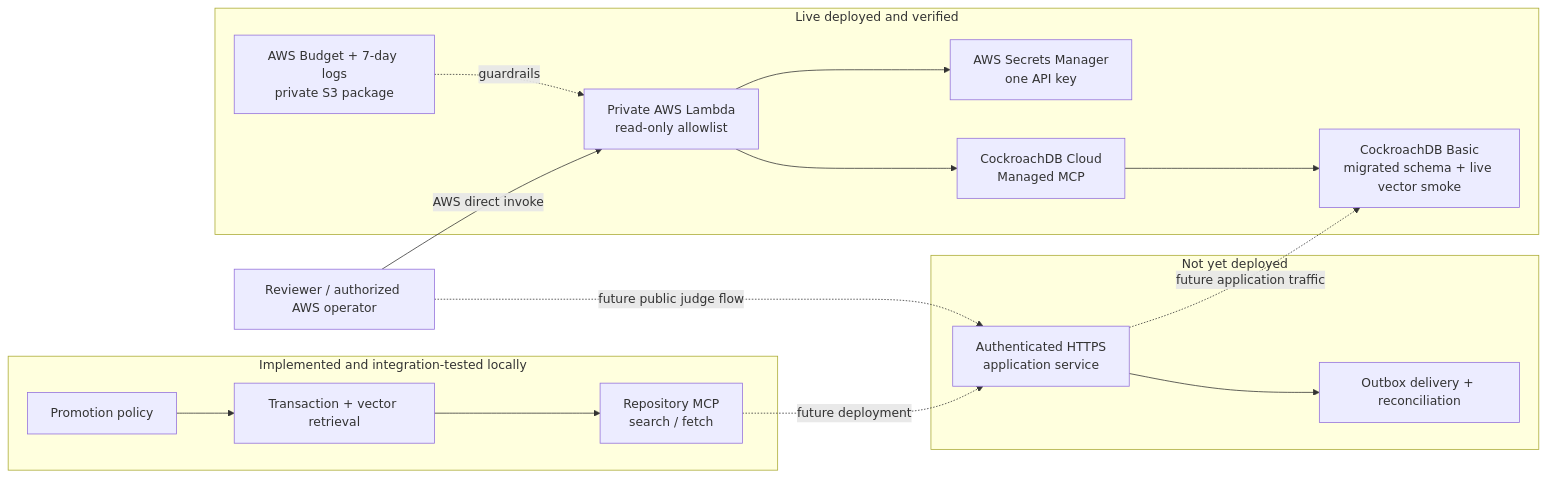
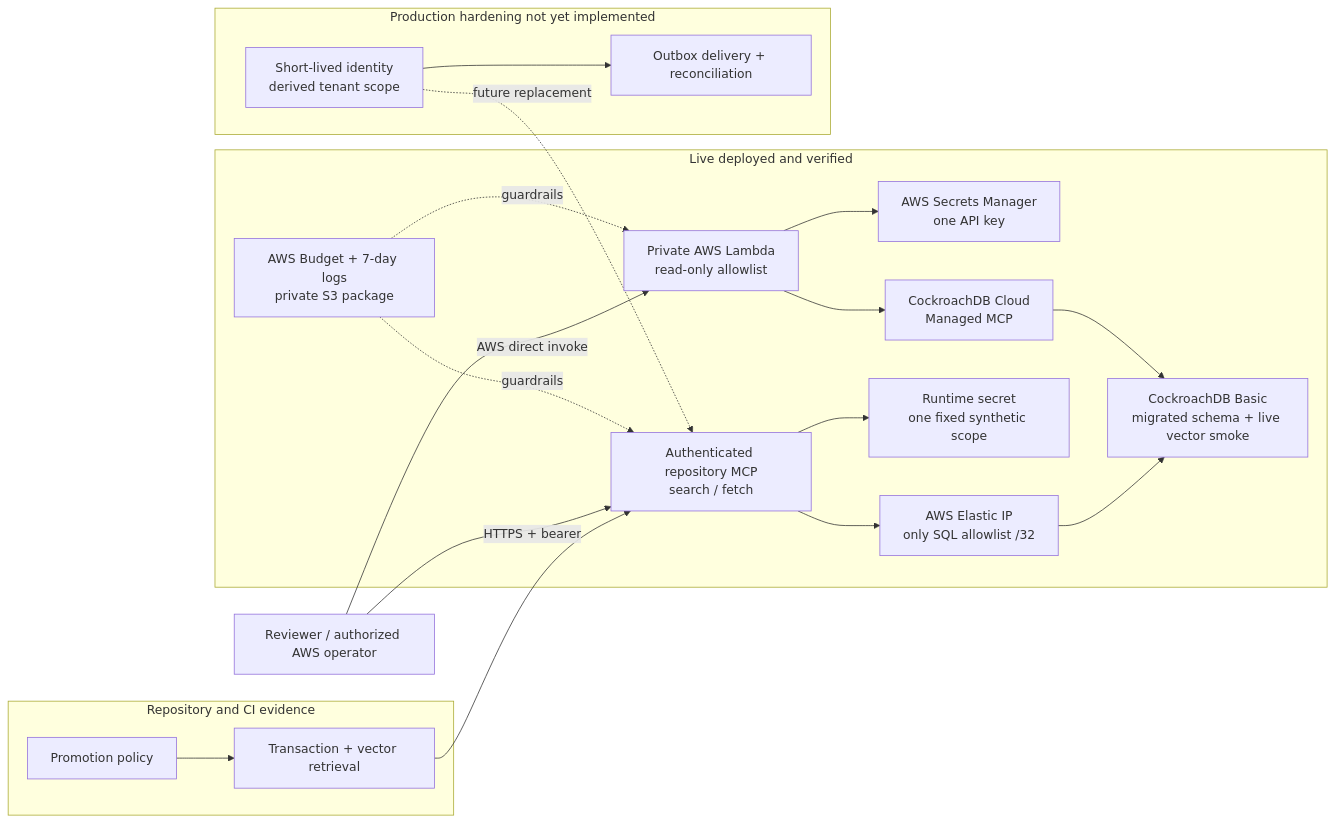
The diagram in docs/ARCHITECTURE.md (YongHwan2161/continuum-memory-firewall), drawn with Mermaid before and after one commit. The commit also changed other lines of this file and 21 other files, not shown here.

Commit message:
Deploy authenticated least-privilege MCP endpoint

````diff
--- a/docs/ARCHITECTURE.md
+++ b/docs/ARCHITECTURE.md
@@ -88,34 +100,39 @@
 ```mermaid
 flowchart LR
   reviewer["Reviewer / authorized AWS operator"]
 
   subgraph live["Live deployed and verified"]
     lambda["Private AWS Lambda<br/>read-only allowlist"]
     secret["AWS Secrets Manager<br/>one API key"]
     managed["CockroachDB Cloud<br/>Managed MCP"]
     basic["CockroachDB Basic<br/>migrated schema + live vector smoke"]
+    repoMcp["Authenticated repository MCP<br/>search / fetch"]
+    runtimeSecret["Runtime secret<br/>one fixed synthetic scope"]
+    eip["AWS Elastic IP<br/>only SQL allowlist /32"]
     budget["AWS Budget + 7-day logs<br/>private S3 package"]
     lambda --> secret
     lambda --> managed
     managed --> basic
+    repoMcp --> runtimeSecret
+    repoMcp --> eip --> basic
     budget -. guardrails .-> lambda
+    budget -. guardrails .-> repoMcp
   end
 
-  subgraph local["Implemented and integration-tested locally"]
+  subgraph local["Repository and CI evidence"]
     policy["Promotion policy"]
     store["Transaction + vector retrieval"]
-    repoMcp["Repository MCP<br/>search / fetch"]
-    policy --> store --> repoMcp
+    policy --> store
   end
 
-  subgraph planned["Not yet deployed"]
-    auth["Authenticated HTTPS<br/>application service"]
+  subgraph planned["Production hardening not yet implemented"]
+    auth["Short-lived identity<br/>derived tenant scope"]
     outbox["Outbox delivery + reconciliation"]
     auth --> outbox
   end
 
   reviewer -->|"AWS direct invoke"| lambda
-  reviewer -. "future public judge flow" .-> auth
-  repoMcp -. "future deployment" .-> auth
-  auth -. "future application traffic" .-> basic
+  reviewer -->|"HTTPS + bearer"| repoMcp
+  store --> repoMcp
+  auth -. "future replacement" .-> repoMcp
 ```
````
